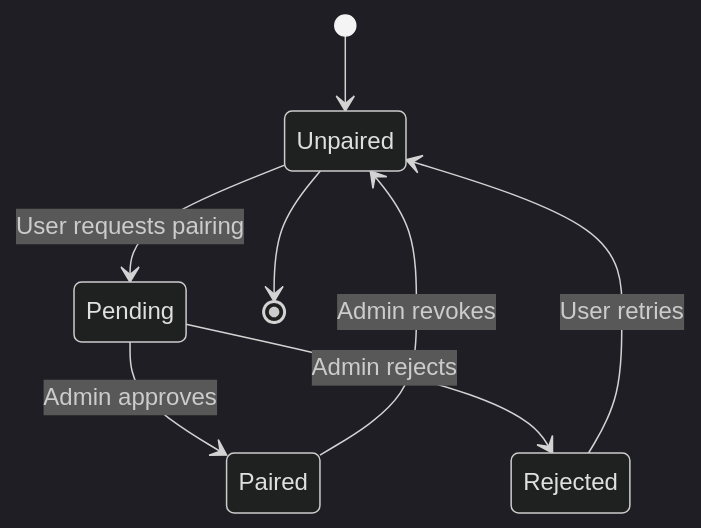
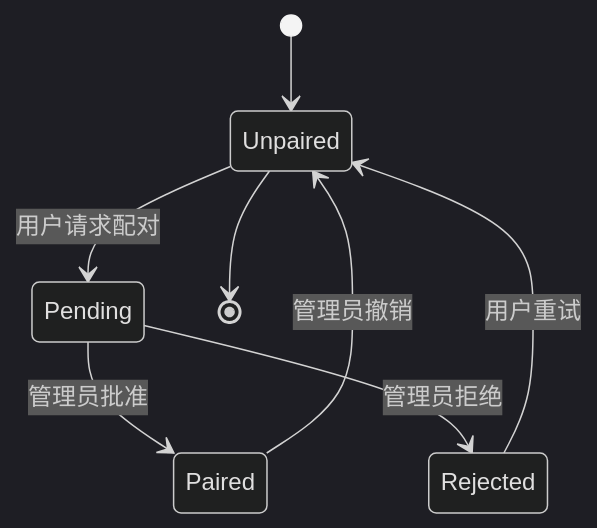
One commit to a576378368/openclaw_docs changed the second of 3 diagrams in docs/zh/architecture-book/part-4-gateway-protocol/05-auth-security.md. Above: the diagram before and after it, drawn with Mermaid (dark theme). The commit also changed other lines of this file and 4 other files, not shown here.

````diff
--- a/docs/zh/architecture-book/part-4-gateway-protocol/05-auth-security.md
+++ b/docs/zh/architecture-book/part-4-gateway-protocol/05-auth-security.md
@@ -107,10 +107,10 @@
 ```mermaid
 stateDiagram-v2
     [*] --> Unpaired
-    Unpaired --> Pending: User requests pairing
-    Pending --> Paired: Admin approves
-    Pending --> Rejected: Admin rejects
-    Rejected --> Unpaired: User retries
-    Paired --> Unpaired: Admin revokes
+    Unpaired --> Pending: 用户请求配对
+    Pending --> Paired: 管理员批准
+    Pending --> Rejected: 管理员拒绝
+    Rejected --> Unpaired: 用户重试
+    Paired --> Unpaired: 管理员撤销
     Unpaired --> [*]
 ```
````
